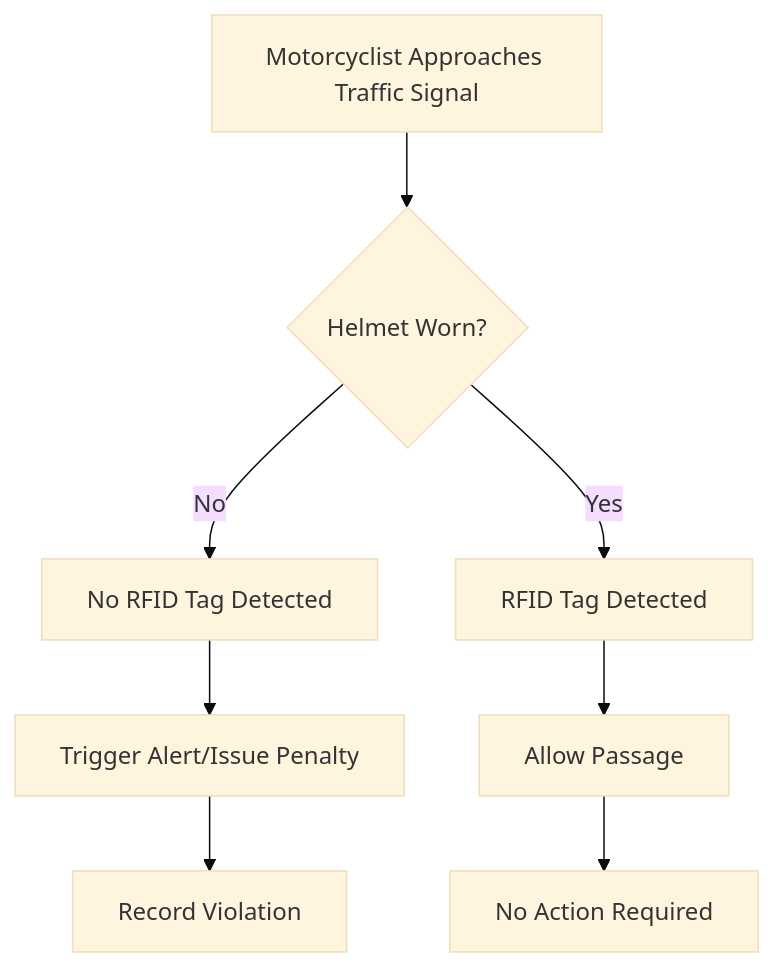
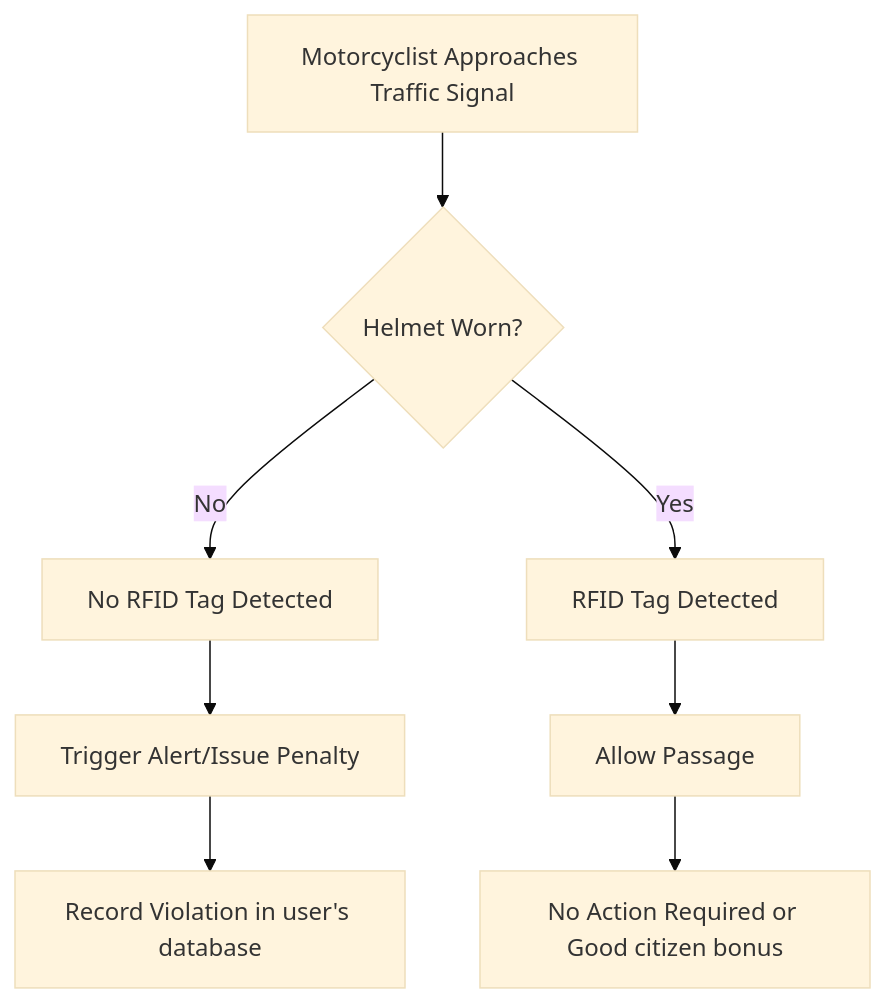
The diagram in pqai.md (Gaurangjodh/LearningGit), drawn with Mermaid (base theme) before and after one commit.

````diff
--- a/pqai.md
+++ b/pqai.md
@@ -1,14 +1,14 @@
 ```mermaid
 flowchart TD
     A[Motorcyclist Approaches Traffic Signal] --> B{Helmet Worn?}
     
     B -- No --> C[No RFID Tag Detected]
     C --> D[Trigger Alert/Issue Penalty]
     
     B -- Yes --> E[RFID Tag Detected]
     E --> F[Allow Passage]
     
-    D --> G[Record Violation]
-    F --> H[No Action Required]
+    D --> G[Record Violation in user's database]
+    F --> H[No Action Required or Good citizen bonus]
 
 ```
````
